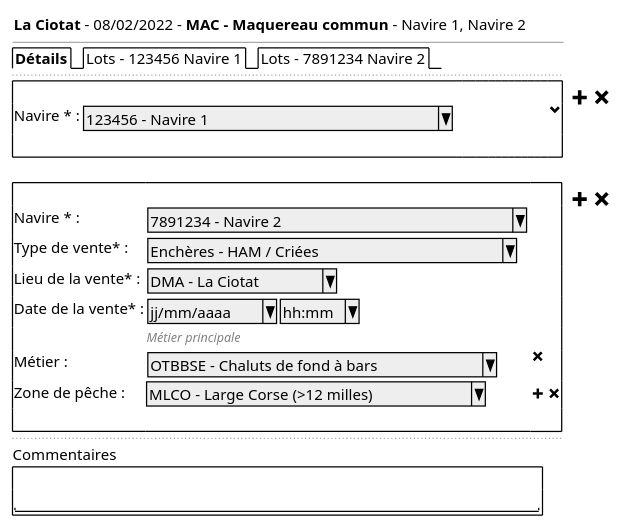
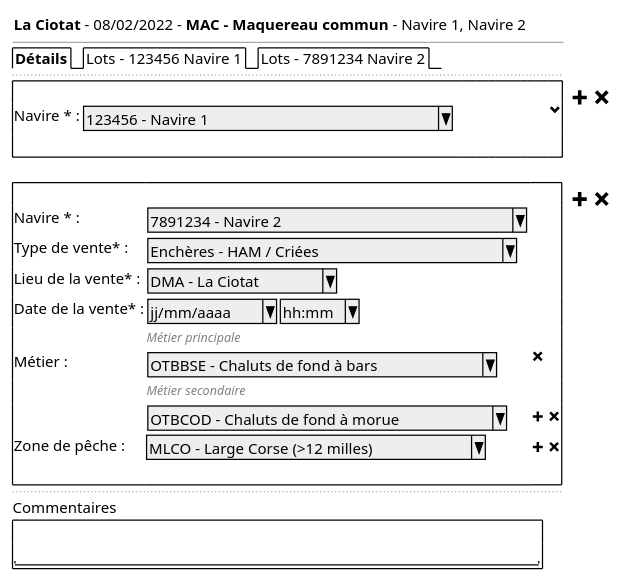
One commit to sumaris-net/sumaris-doc changed the diagram in projects/obsvente/spe/images/med/sale-mediterranee-vessels-details.puml. Above: the diagram before and after it, drawn with PlantUML. The commit also changed 5 other files, not shown here.

```diff
--- a/projects/obsvente/spe/images/med/sale-mediterranee-vessels-details.puml
+++ b/projects/obsvente/spe/images/med/sale-mediterranee-vessels-details.puml
@@ -1,37 +1,38 @@
 @startsalt
 {
   { <b>La Ciotat</b> - 08/02/2022 - <b>MAC - Maquereau commun</b> - Navire 1, Navire 2  | . |
                                                                                                                                                                                                                           }
   --
   {/  <b>Détails | Lots - 123456 Navire 1 | Lots - 7891234 Navire 2 }
 
   ..
   {+
     .
       Navire * :    | { ^123456 - Navire 1                  ^ } | . | . | . | . | . | . | . | . | . | . | . | . | . | . |     <&chevron-bottom>
   .
   } | . | <size:17><&plus> <size:17><&x>
   .
 {+
     .
       Navire * :    | { ^7891234 - Navire 2                  ^ }
 
       Type de vente* :    | { ^Enchères - HAM / Criées            ^ }
       Lieu de la vente* :   |  { ^ DMA - La Ciotat ^ }
       Date de la vente* :   |  { ^ jj/mm/aaaa^  |  ^ hh:mm^ }
 
       . | <font color=grey size=10><i>Métier principale</i>
        Métier : | { ^ OTBBSE - Chaluts de fond à bars ^ } |  <&x>
-
+      . | <font color=grey size=10><i>Métier secondaire</i>
+      . | { ^ OTBCOD - Chaluts de fond à morue ^ } |  <&plus> <&x>
 
       Zone de pêche :            | ^ MLCO - Large Corse (>12 milles)^ | <&plus> <&x>
       .
   } | . | <size:17><&plus> <size:17><&x>
  ..
   Commentaires
   {+ .
           "                                                    "
   }
 
 }
 @endsalt
```
